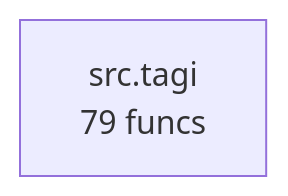
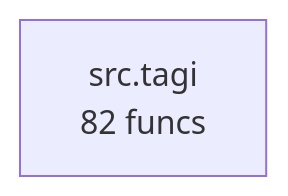
Before and after one commit to semcod/tagi: the diagram in project/compact_flow.mmd, drawn with Mermaid. The commit also changed 36 other files, not shown here.

```diff
--- a/project/compact_flow.mmd
+++ b/project/compact_flow.mmd
@@ -1,3 +1,3 @@
 flowchart TD
 %% generated in 0.00s
-    src__tagi["src.tagi<br/>79 funcs"]
+    src__tagi["src.tagi<br/>82 funcs"]
```
